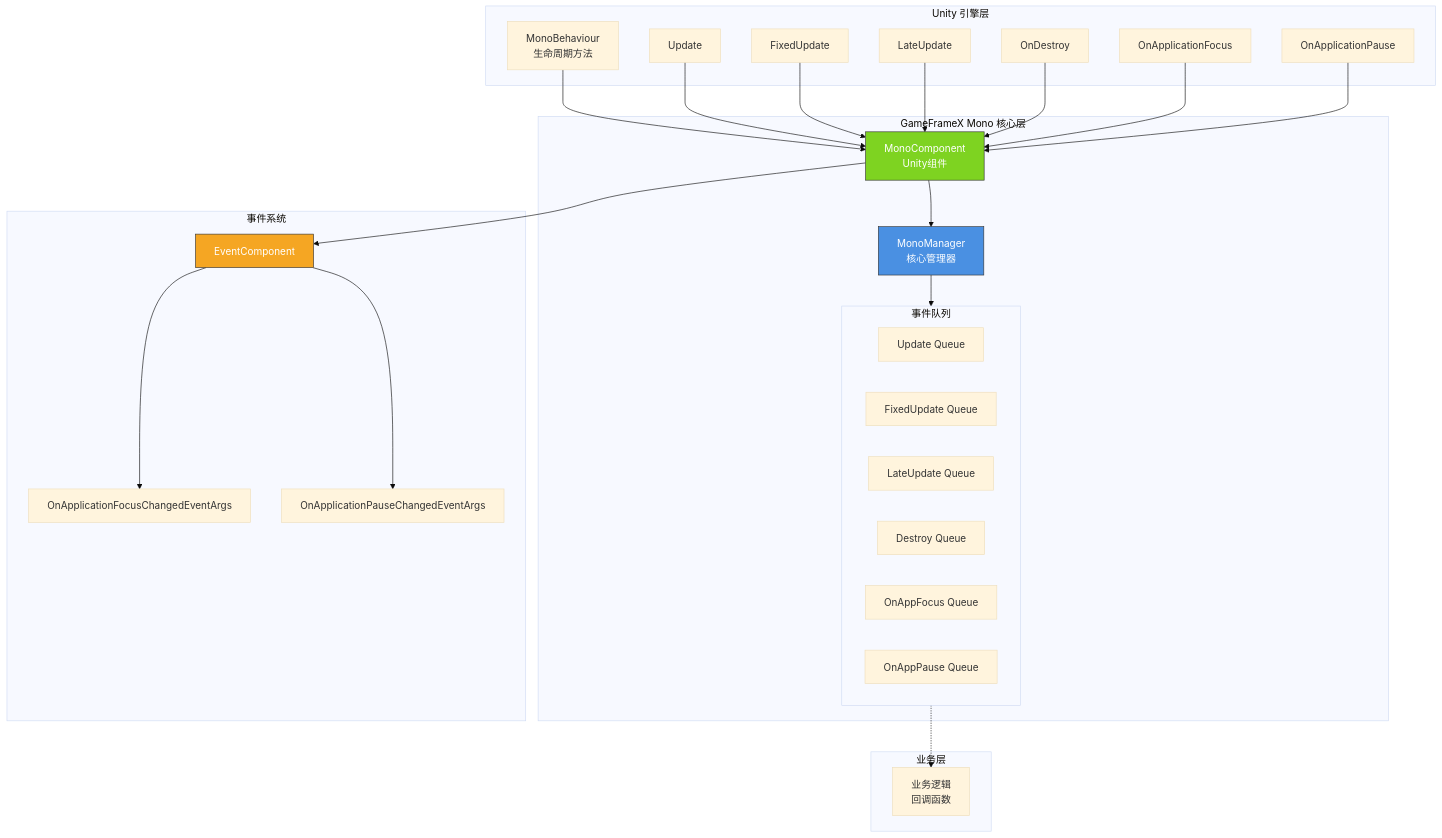
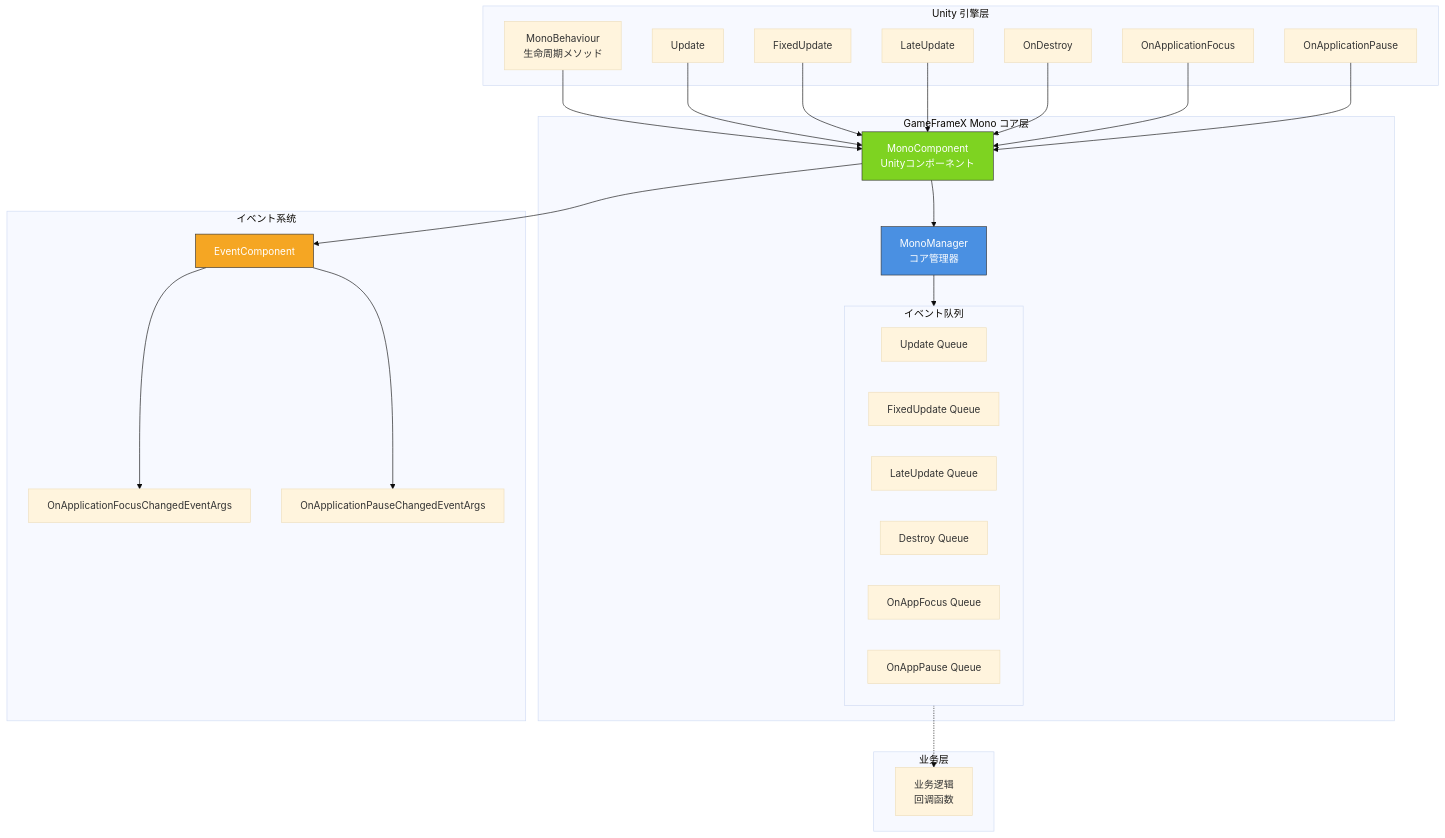
One commit to AlianBlank/GameFrameX.Docs changed the first of 2 diagrams in docs/ja/client/unity/component/mono/01.overview.md. Above: the diagram before and after it, drawn with Mermaid (base theme). The commit also changed other lines of this file and 603 other files, not shown here.

````diff
--- a/docs/ja/client/unity/component/mono/01.overview.md
+++ b/docs/ja/client/unity/component/mono/01.overview.md
@@ -22,56 +22,56 @@
 ```mermaid
 graph TD
     subgraph External["Unity 引擎层"]
-        MB[MonoBehaviour<br/>生命周期方法]
+        MB[MonoBehaviour<br/>生命周期メソッド]
         Update[Update]
         FixedUpdate[FixedUpdate]
         LateUpdate[LateUpdate]
         OnDestroy[OnDestroy]
         OnAppFocus[OnApplicationFocus]
         OnAppPause[OnApplicationPause]
     end
 
-    subgraph Core["GameFrameX Mono 核心层"]
-        MC[MonoComponent<br/>Unity组件]
-        MM[MonoManager<br/>核心管理器]
+    subgraph Core["GameFrameX Mono コア层"]
+        MC[MonoComponent<br/>Unityコンポーネント]
+        MM[MonoManager<br/>コア管理器]
         
-        subgraph Queues["事件队列"]
+        subgraph Queues["イベント队列"]
             UQ[Update Queue]
             FUQ[FixedUpdate Queue]
             LUQ[LateUpdate Queue]
             DQ[Destroy Queue]
             OAFQ[OnAppFocus Queue]
             OAPQ[OnAppPause Queue]
         end
     end
 
-    subgraph Event["事件系统"]
+    subgraph Event["イベント系统"]
         EC[EventComponent]
         OAFEA[OnApplicationFocusChangedEventArgs]
         OAPEA[OnApplicationPauseChangedEventArgs]
     end
 
     subgraph Business["业务层"]
         BL[业务逻辑<br/>回调函数]
     end
 
     MB --> MC
     Update --> MC
     FixedUpdate --> MC
     LateUpdate --> MC
     OnDestroy --> MC
     OnAppFocus --> MC
     OnAppPause --> MC
 
     MC --> MM
     MM --> Queues
     Queues -.-> BL
     
     MC --> EC
     EC --> OAFEA
     EC --> OAPEA
     
     style MM fill:#4a90e2,stroke:#333,color:#fff
     style MC fill:#7ed321,stroke:#333,color:#fff
     style EC fill:#f5a623,stroke:#333,color:#fff
 ```
````
